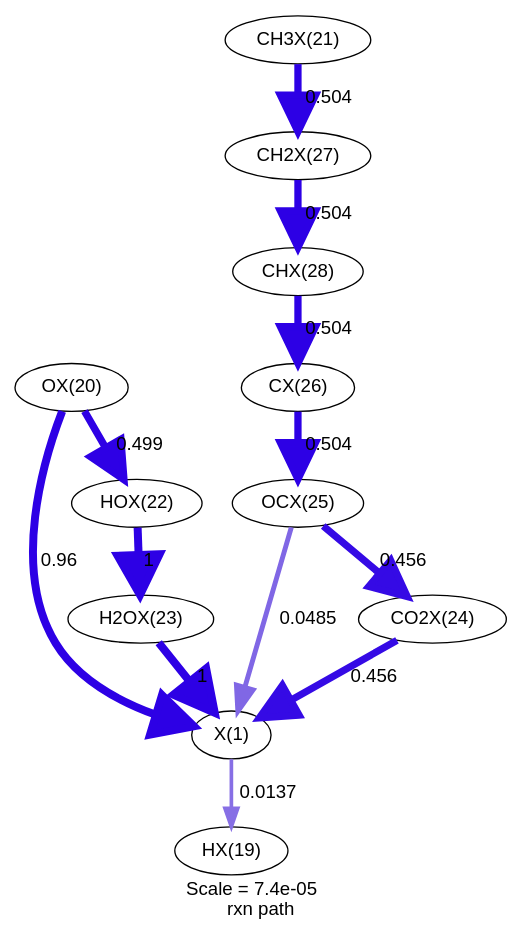
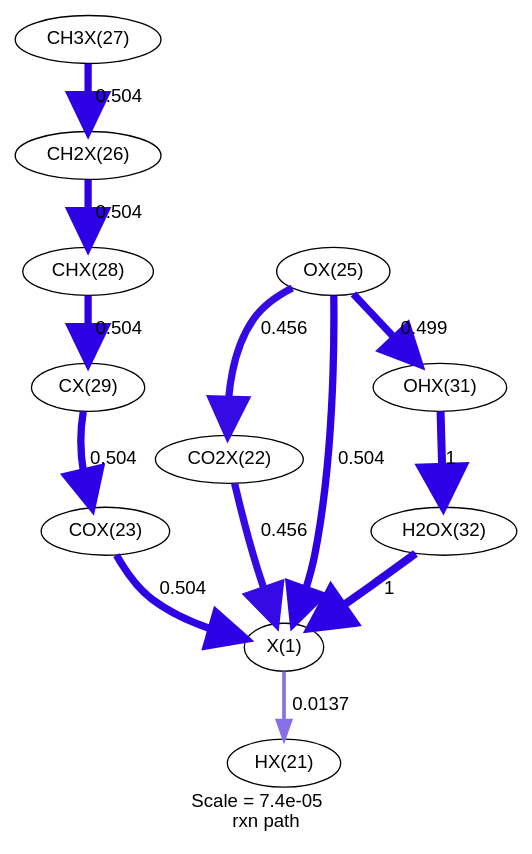
One commit to comocheng/cpox changed the diagram in rh/rxnpath/rxnpath-0.8-x-11.5mm.dot. Above: the diagram before and after it, drawn with Graphviz. The commit also changed 539 other files, not shown here.

```diff
--- a/rh/rxnpath/rxnpath-0.8-x-11.5mm.dot
+++ b/rh/rxnpath/rxnpath-0.8-x-11.5mm.dot
@@ -1,40 +1,40 @@
 digraph reaction_paths {
 center=1;
-s27 -> s28[fontname="Helvetica", penwidth=2.76, arrowsize=1.38, color="0.7, 0.514, 0.9"
+s24 -> s22[fontname="Helvetica", penwidth=5.41, arrowsize=2.7, color="0.7, 0.956, 0.9"
+, label=" 0.456"];
+s25 -> s22[fontname="Helvetica", penwidth=5.48, arrowsize=2.74, color="0.7, 1, 0.9"
+, label=" 0.504"];
+s27 -> s22[fontname="Helvetica", penwidth=5.48, arrowsize=2.74, color="0.7, 1, 0.9"
+, label=" 0.504"];
+s22 -> s23[fontname="Helvetica", penwidth=2.76, arrowsize=1.38, color="0.7, 0.514, 0.9"
 , label=" 0.0137"];
-s29 -> s27[fontname="Helvetica", penwidth=5.97, arrowsize=2.98, color="0.7, 1.46, 0.9"
-, label=" 0.96"];
-s34 -> s27[fontname="Helvetica", penwidth=3.72, arrowsize=1.86, color="0.7, 0.549, 0.9"
-, label=" 0.0485"];
-s32 -> s27[fontname="Helvetica", penwidth=6, arrowsize=3, color="0.7, 1.5, 0.9"
+s34 -> s22[fontname="Helvetica", penwidth=6, arrowsize=3, color="0.7, 1.5, 0.9"
 , label=" 1"];
-s33 -> s27[fontname="Helvetica", penwidth=5.41, arrowsize=2.7, color="0.7, 0.956, 0.9"
+s27 -> s24[fontname="Helvetica", penwidth=5.41, arrowsize=2.7, color="0.7, 0.956, 0.9"
 , label=" 0.456"];
-s29 -> s31[fontname="Helvetica", penwidth=5.48, arrowsize=2.74, color="0.7, 0.999, 0.9"
+s31 -> s25[fontname="Helvetica", penwidth=5.48, arrowsize=2.74, color="0.7, 1, 0.9"
+, label=" 0.504"];
+s27 -> s33[fontname="Helvetica", penwidth=5.48, arrowsize=2.74, color="0.7, 0.999, 0.9"
 , label=" 0.499"];
-s31 -> s32[fontname="Helvetica", penwidth=6, arrowsize=3, color="0.7, 1.5, 0.9"
+s29 -> s28[fontname="Helvetica", penwidth=5.48, arrowsize=2.74, color="0.7, 1, 0.9"
+, label=" 0.504"];
+s28 -> s30[fontname="Helvetica", penwidth=5.48, arrowsize=2.74, color="0.7, 1, 0.9"
+, label=" 0.504"];
+s30 -> s31[fontname="Helvetica", penwidth=5.48, arrowsize=2.74, color="0.7, 1, 0.9"
+, label=" 0.504"];
+s33 -> s34[fontname="Helvetica", penwidth=6, arrowsize=3, color="0.7, 1.5, 0.9"
 , label=" 1"];
-s30 -> s36[fontname="Helvetica", penwidth=5.48, arrowsize=2.74, color="0.7, 1, 0.9"
-, label=" 0.504"];
-s36 -> s37[fontname="Helvetica", penwidth=5.48, arrowsize=2.74, color="0.7, 1, 0.9"
-, label=" 0.504"];
-s37 -> s35[fontname="Helvetica", penwidth=5.48, arrowsize=2.74, color="0.7, 1, 0.9"
-, label=" 0.504"];
-s35 -> s34[fontname="Helvetica", penwidth=5.48, arrowsize=2.74, color="0.7, 1, 0.9"
-, label=" 0.504"];
-s34 -> s33[fontname="Helvetica", penwidth=5.41, arrowsize=2.7, color="0.7, 0.956, 0.9"
-, label=" 0.456"];
-s27 [ fontname="Helvetica", label="X(1)"];
-s28 [ fontname="Helvetica", label="HX(19)"];
-s29 [ fontname="Helvetica", label="OX(20)"];
-s30 [ fontname="Helvetica", label="CH3X(21)"];
-s31 [ fontname="Helvetica", label="HOX(22)"];
-s32 [ fontname="Helvetica", label="H2OX(23)"];
-s33 [ fontname="Helvetica", label="CO2X(24)"];
-s34 [ fontname="Helvetica", label="OCX(25)"];
-s35 [ fontname="Helvetica", label="CX(26)"];
-s36 [ fontname="Helvetica", label="CH2X(27)"];
-s37 [ fontname="Helvetica", label="CHX(28)"];
+s22 [ fontname="Helvetica", label="X(1)"];
+s23 [ fontname="Helvetica", label="HX(21)"];
+s24 [ fontname="Helvetica", label="CO2X(22)"];
+s25 [ fontname="Helvetica", label="COX(23)"];
+s27 [ fontname="Helvetica", label="OX(25)"];
+s28 [ fontname="Helvetica", label="CH2X(26)"];
+s29 [ fontname="Helvetica", label="CH3X(27)"];
+s30 [ fontname="Helvetica", label="CHX(28)"];
+s31 [ fontname="Helvetica", label="CX(29)"];
+s33 [ fontname="Helvetica", label="OHX(31)"];
+s34 [ fontname="Helvetica", label="H2OX(32)"];
  label = "Scale = 7.4e-05\l rxn path";
  fontname = "Helvetica";
 }
```
